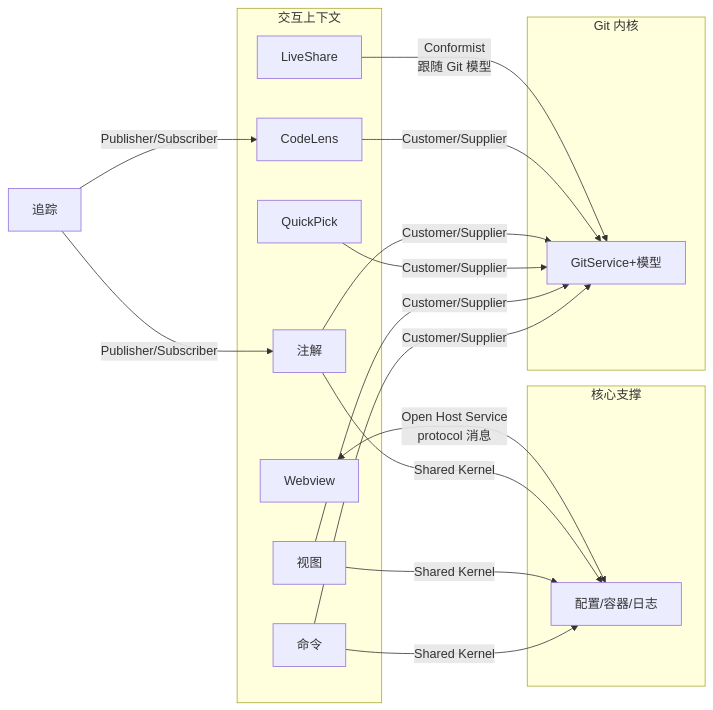
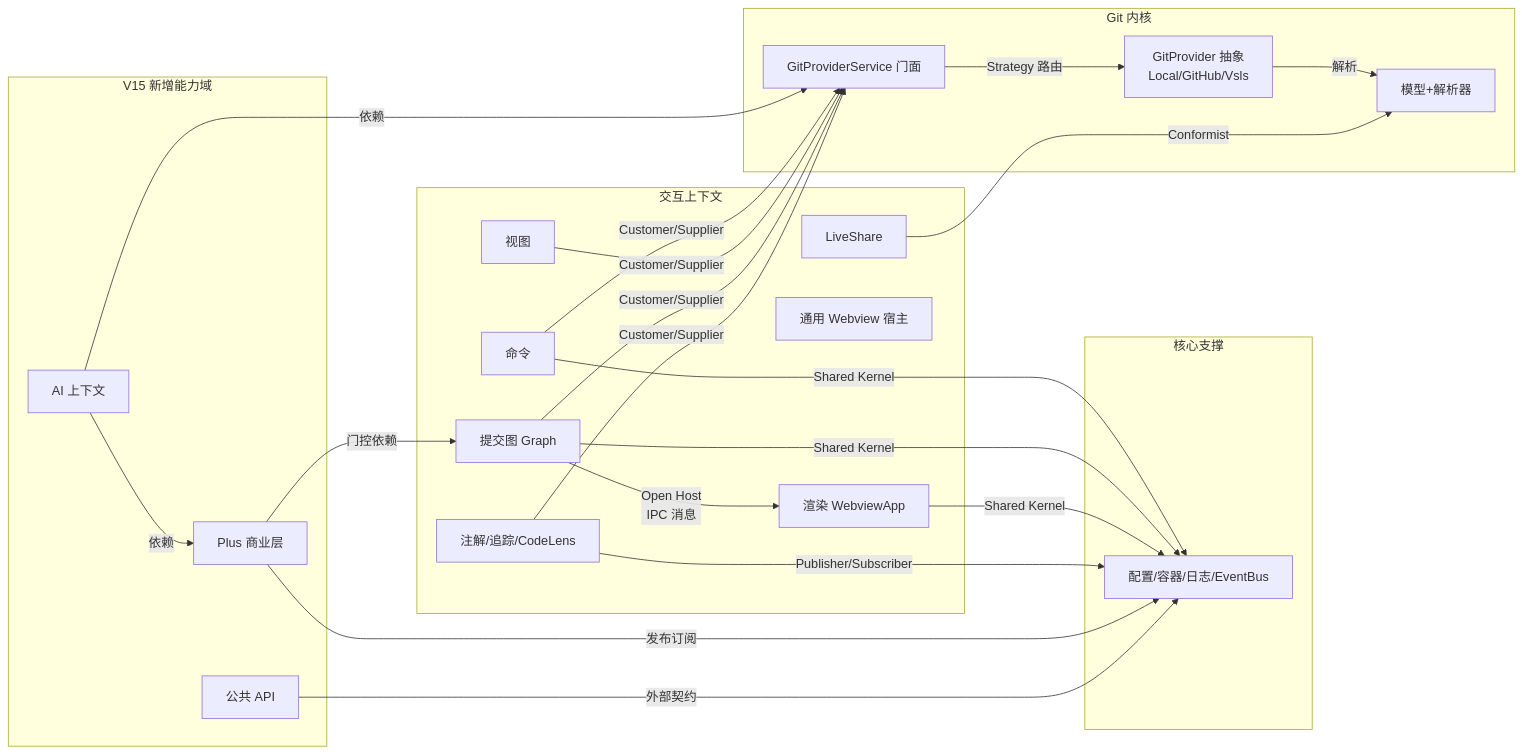
Before and after one commit to PirsLee/documents: the second of 10 diagrams in domain/software_analysis/vscode_gitlens.analysis.md, drawn with Mermaid. The commit also changed other lines of this file, not shown here.

````diff
--- a/domain/software_analysis/vscode_gitlens.analysis.md
+++ b/domain/software_analysis/vscode_gitlens.analysis.md
@@ -75,30 +90,42 @@
 ```mermaid
 flowchart LR
     subgraph Core[核心支撑]
-        CORE[配置/容器/日志]
+        CORE[配置/容器/日志/EventBus]
     end
     subgraph Git[Git 内核]
-        GIT[GitService+模型]
+        SVC[GitProviderService 门面]
+        PROV[GitProvider 抽象<br/>Local/GitHub/Vsls]
+        MOD[模型+解析器]
     end
     subgraph UI[交互上下文]
         CMD[命令]
         VIEW[视图]
-        PICK[QuickPick]
-        ANNO[注解]
-        LENS[CodeLens]
-        WEB[Webview]
+        GRAPH[提交图 Graph]
+        RENDER[渲染 WebviewApp]
+        ANNO[注解/追踪/CodeLens]
+        WEB[通用 Webview 宿主]
         VS[LiveShare]
     end
-    CMD -->|"Customer/Supplier"| GIT
-    VIEW -->|"Customer/Supplier"| GIT
-    PICK -->|"Customer/Supplier"| GIT
-    ANNO -->|"Customer/Supplier"| GIT
-    LENS -->|"Customer/Supplier"| GIT
+    subgraph NEW[V15 新增能力域]
+        AI[AI 上下文]
+        PLUS[Plus 商业层]
+        API[公共 API]
+    end
+    CMD -->|"Customer/Supplier"| SVC
+    VIEW -->|"Customer/Supplier"| SVC
+    GRAPH -->|"Customer/Supplier"| SVC
+    ANNO -->|"Customer/Supplier"| SVC
+    SVC -->|"Strategy 路由"| PROV
+    PROV -->|"解析"| MOD
+    GRAPH -->|"Open Host<br/>IPC 消息"| RENDER
     CMD -->|"Shared Kernel"| CORE
-    VIEW -->|"Shared Kernel"| CORE
-    ANNO -->|"Shared Kernel"| CORE
-    TRK[追踪] -->|"Publisher/Subscriber"| ANNO
-    TRK -->|"Publisher/Subscriber"| LENS
-    WEB <-->|"Open Host Service<br/>protocol 消息"| CORE
-    VS -->|"Conformist<br/>跟随 Git 模型"| GIT
+    GRAPH -->|"Shared Kernel"| CORE
+    RENDER -->|"Shared Kernel"| CORE
+    ANNO -->|"Publisher/Subscriber"| CORE
+    PLUS -->|"发布订阅"| CORE
+    PLUS -->|"门控依赖"| GRAPH
+    AI -->|"依赖"| SVC
+    AI -->|"依赖"| PLUS
+    API -->|"外部契约"| CORE
+    VS -->|"Conformist"| MOD
 ```
````
